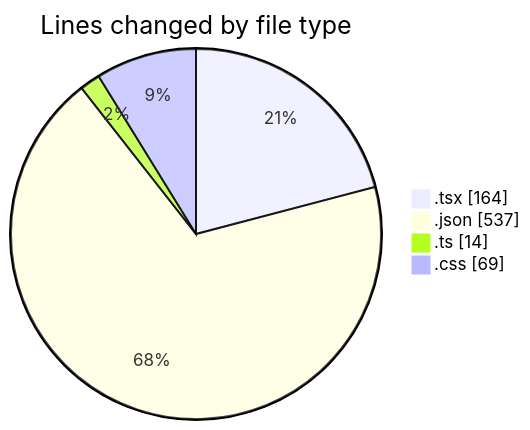
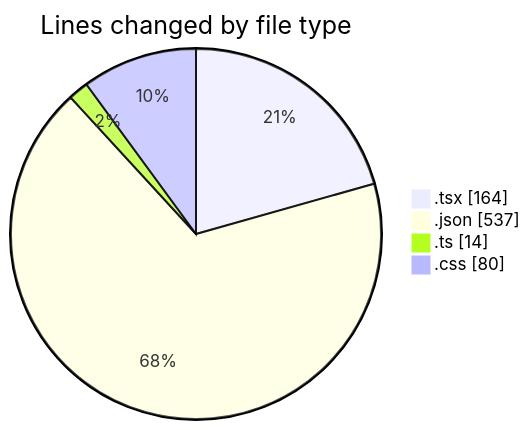
One commit to EIIisD/code-tracking changed the first of 2 diagrams in 2025-08-04/tw-server/README.md. Above: the diagram before and after it, drawn with Mermaid. The commit also changed other lines of this file and 1 other file, not shown here.

````diff
--- a/2025-08-04/tw-server/README.md
+++ b/2025-08-04/tw-server/README.md
@@ -24,8 +24,8 @@
 ```mermaid
 pie showData
 title Lines changed by file type
 ".tsx" : 164
 ".json" : 537
 ".ts" : 14
-".css" : 69
+".css" : 80
 ```
````
